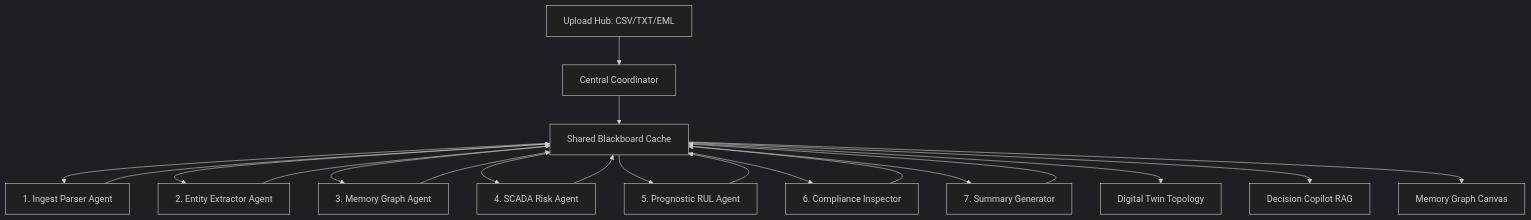
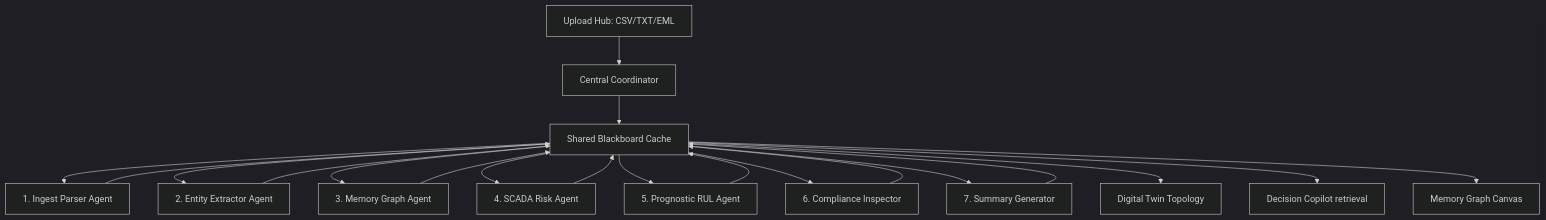
One commit to meghana922007/aura changed the diagram in AURA_Technical_Proposal.md. Above: the diagram before and after it, drawn with Mermaid (dark theme). The commit also changed other lines of this file, not shown here.

Commit message:
docs: improve proposal credibility, soften RAG/integration claims, add screenshots guide and prototype scope table

````diff
--- a/AURA_Technical_Proposal.md
+++ b/AURA_Technical_Proposal.md
@@ -38,18 +41,18 @@
 ```mermaid
 graph TD
     A[Upload Hub: CSV/TXT/EML] --> B[Central Coordinator]
     B --> C[Shared Blackboard Cache]
     C --> D[1. Ingest Parser Agent]
     C --> E[2. Entity Extractor Agent]
     C --> F[3. Memory Graph Agent]
     C --> G[4. SCADA Risk Agent]
     C --> H[5. Prognostic RUL Agent]
     C --> I[6. Compliance Inspector]
     C --> J[7. Summary Generator]
     
     D & E & F & G & H & I & J --> C
     
     C --> K[Digital Twin Topology]
-    C --> L[Decision Copilot RAG]
+    C --> L[Decision Copilot retrieval]
     C --> M[Memory Graph Canvas]
 ```
````
